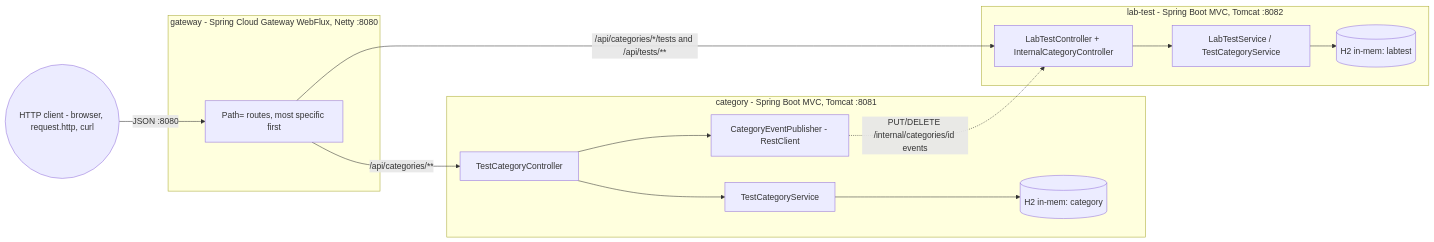
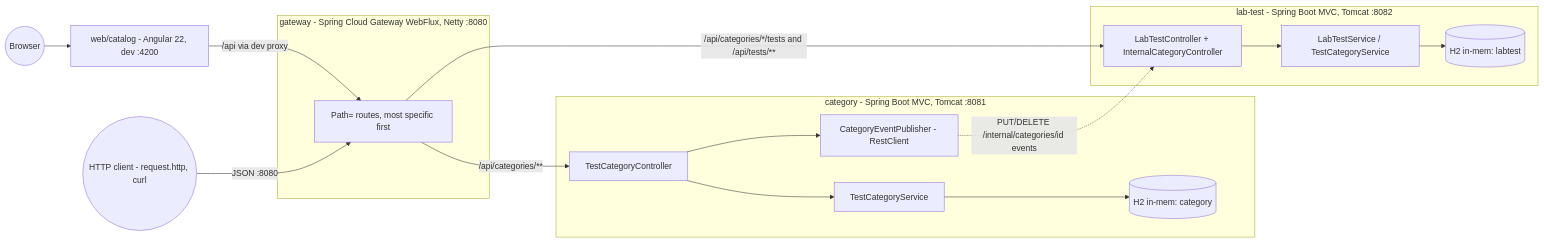
The first of 3 diagrams in docs/en/ARCHITECTURE.md (Zambrzyckii/Medata), drawn with Mermaid before and after one commit. The commit also changed other lines of this file and 48 other files, not shown here.

````diff
--- a/docs/en/ARCHITECTURE.md
+++ b/docs/en/ARCHITECTURE.md
@@ -8,17 +8,19 @@
 ```mermaid
 flowchart LR
-    Client((HTTP client - browser, request.http, curl)) -->|"JSON :8080"| GW
+    Browser((Browser)) --> FE[web/catalog - Angular 22, dev :4200]
+    FE -->|"/api via dev proxy"| GW
+    Client((HTTP client - request.http, curl)) -->|"JSON :8080"| GW
     subgraph gw [gateway - Spring Cloud Gateway WebFlux, Netty :8080]
         GW[Path= routes, most specific first]
     end
     GW -->|"/api/categories/**"| CATC
     GW -->|"/api/categories/*/tests and /api/tests/**"| LTC
     subgraph cat [category - Spring Boot MVC, Tomcat :8081]
         CATC[TestCategoryController] --> CATS[TestCategoryService] --> CATDB[(H2 in-mem: category)]
         CATC --> PUB[CategoryEventPublisher - RestClient]
     end
     subgraph lt [lab-test - Spring Boot MVC, Tomcat :8082]
         LTC[LabTestController + InternalCategoryController] --> LTS[LabTestService / TestCategoryService] --> LTDB[(H2 in-mem: labtest)]
     end
     PUB -. "PUT/DELETE /internal/categories/id events" .-> LTC
 ```
````
